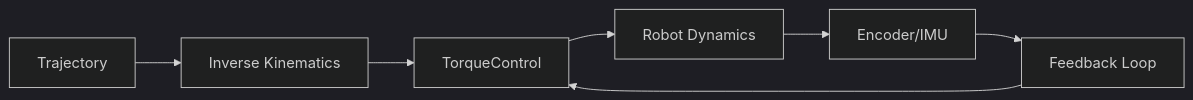
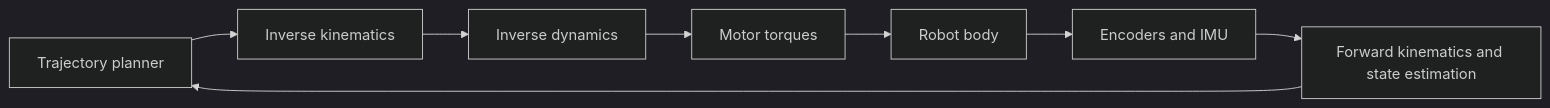
The first of 2 diagrams in docs/part3-control/01-kinematics-dynamics.mdx (Muhammadumerakmal/physical-ai-humanoid-robotics), drawn with Mermaid (dark theme) before and after one commit. The commit also changed other lines of this file and 59 other files, not shown here.

````diff
--- a/docs/part3-control/01-kinematics-dynamics.mdx
+++ b/docs/part3-control/01-kinematics-dynamics.mdx
@@ -62,9 +145,10 @@
 ```mermaid
 flowchart LR
-    Trajectory --> IK[Inverse Kinematics]
-    IK --> TorqueControl
-    TorqueControl --> Dynamics[Robot Dynamics]
-    Dynamics --> Sensors[Encoder/IMU]
-    Sensors --> Feedback[Feedback Loop]
-    Feedback --> TorqueControl
+    Traj[Trajectory planner] --> IK[Inverse kinematics]
+    IK --> Dyn[Inverse dynamics]
+    Dyn --> Motor[Motor torques]
+    Motor --> Body[Robot body]
+    Body --> Sensors[Encoders and IMU]
+    Sensors --> FK[Forward kinematics and state estimation]
+    FK --> Traj
 ```
````
